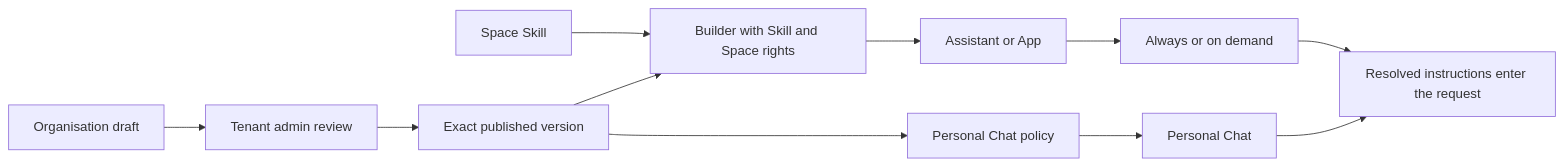
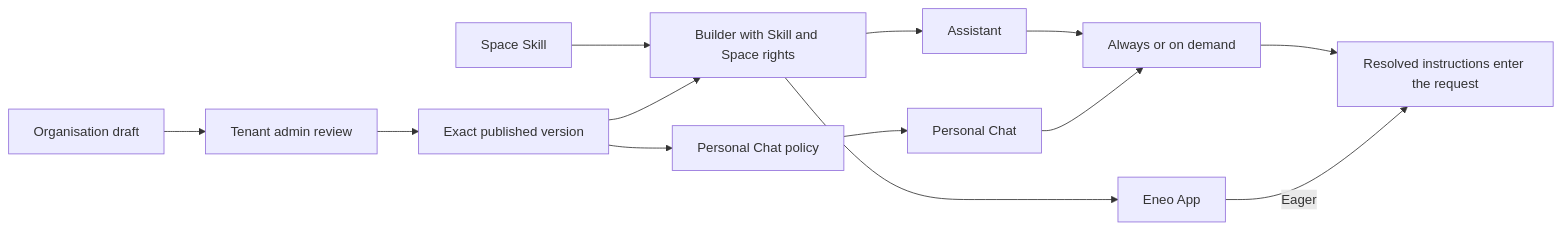
Before and after one commit to eneo-ai/eneo: the diagram in frontend/apps/docs-site/src/content/guides/skills.mdx, drawn with Mermaid. The commit also changed other lines of this file and 127 other files, not shown here.

````diff
--- a/frontend/apps/docs-site/src/content/guides/skills.mdx
+++ b/frontend/apps/docs-site/src/content/guides/skills.mdx
@@ -36,13 +36,15 @@
 ```mermaid
 flowchart LR
     Local["Space Skill"] --> Builder["Builder with Skill and Space rights"]
     Draft["Organisation draft"] --> Review["Tenant admin review"]
     Review --> Published["Exact published version"]
     Published --> Builder
     Published --> Policy["Personal Chat policy"]
-    Builder --> Resource["Assistant or App"]
+    Builder --> Assistant["Assistant"]
+    Builder --> App["Eneo App"]
     Policy --> Chat["Personal Chat"]
-    Resource --> Mode["Always or on demand"]
+    Assistant --> Mode["Always or on demand"]
+    Chat --> Mode
     Mode --> Request["Resolved instructions enter the request"]
-    Chat --> Request
+    App -->|Eager| Request
 ```
````
